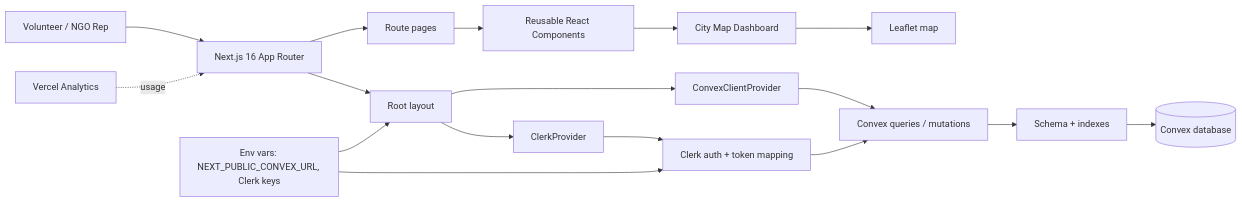
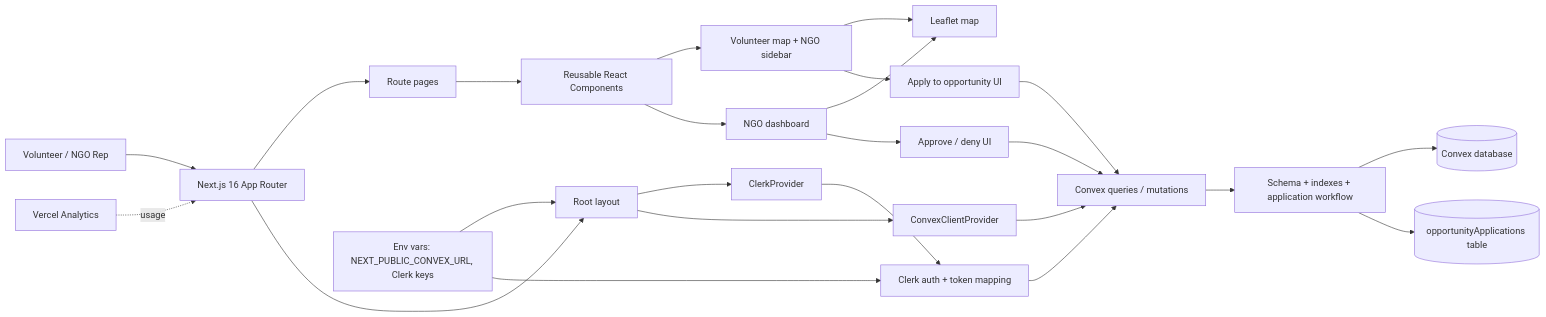
The first of 2 diagrams in README.md (Sah-Nikhil/SahayakOS), drawn with Mermaid before and after one commit. The commit also changed other lines of this file and 5 other files, not shown here.

First line of the commit message:
Add opportunity applications and review workflow

````diff
--- a/README.md
+++ b/README.md
@@ -25,23 +26,30 @@
 ```mermaid
 flowchart LR
   User[Volunteer / NGO Rep] --> App[Next.js 16 App Router]
   App --> Pages[Route pages]
   Pages --> Components[Reusable React Components]
-  Components --> Dashboard[City Map Dashboard]
-  Dashboard --> Leaflet[Leaflet map]
+  Components --> VolunteerUI[Volunteer map + NGO sidebar]
+  Components --> NgoUI[NGO dashboard]
+  VolunteerUI --> Leaflet[Leaflet map]
+  NgoUI --> Leaflet
+  VolunteerUI --> ApplyUI[Apply to opportunity UI]
+  NgoUI --> ReviewUI[Approve / deny UI]
 
   App --> Layout[Root layout]
   Layout --> Clerk[ClerkProvider]
   Layout --> ConvexProvider[ConvexClientProvider]
 
   Clerk --> Auth[Clerk auth + token mapping]
   ConvexProvider --> API[Convex queries / mutations]
-  API --> Schema[Schema + indexes]
+  API --> Schema[Schema + indexes + application workflow]
   Schema --> DB[(Convex database)]
+  Schema --> Applications[(opportunityApplications table)]
+  ApplyUI --> API
+  ReviewUI --> API
 
   Auth --> API
   Env[Env vars: NEXT_PUBLIC_CONVEX_URL, Clerk keys] --> Layout
   Env --> Auth
 
   Analytics[Vercel Analytics] -. usage .-> App
 ```
````
